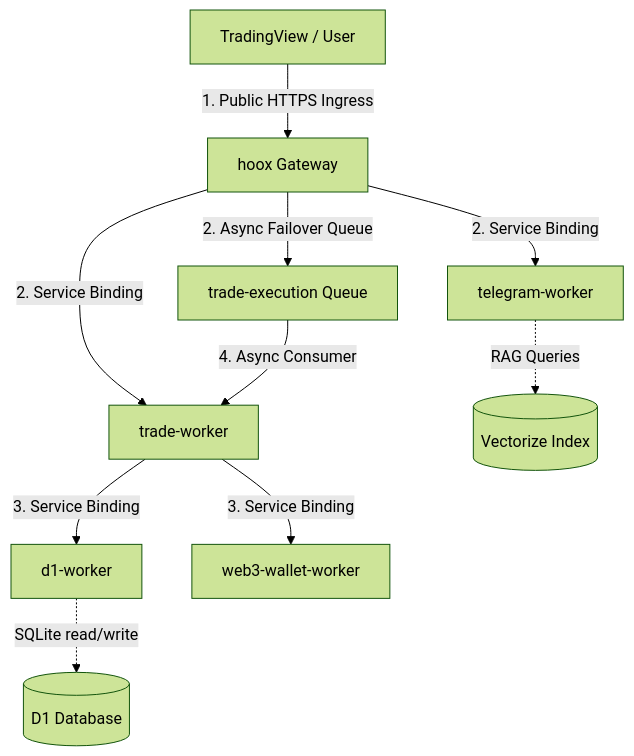
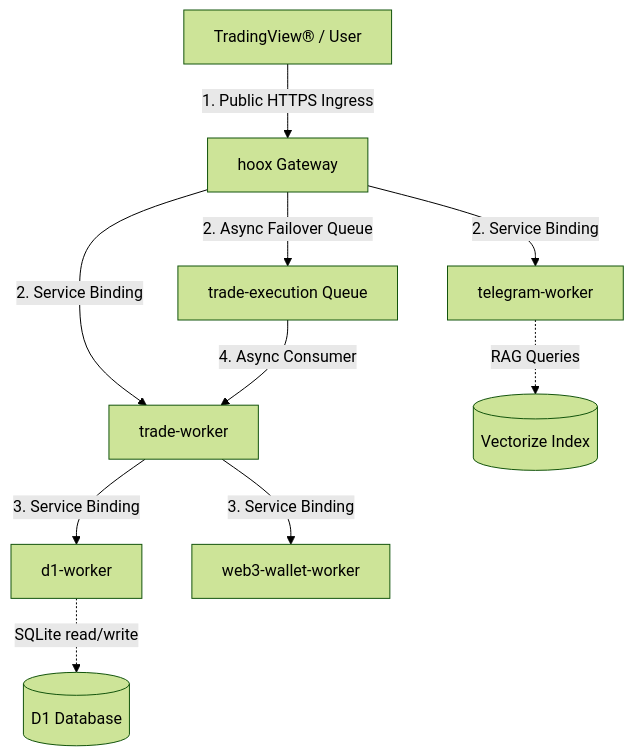
One commit to gitlqhlin/hoox changed the diagram in docs/devops/architecture/endpoints.mdx. Above: the diagram before and after it, drawn with Mermaid (forest theme). The commit also changed 44 other files, not shown here.

````diff
--- a/docs/devops/architecture/endpoints.mdx
+++ b/docs/devops/architecture/endpoints.mdx
@@ -21,17 +21,17 @@
 ```mermaid
 graph TD
     %% Ingress
-    Client[TradingView / User] -->|1. Public HTTPS Ingress| GW[hoox Gateway]
+    Client[TradingView® / User] -->|1. Public HTTPS Ingress| GW[hoox Gateway]
 
     %% Gateway Service Bindings
     GW -->|2. Service Binding| TW[trade-worker]
     GW -->|2. Service Binding| TGW[telegram-worker]
     GW -->|2. Async Failover Queue| Q[trade-execution Queue]
 
     %% Internal Workers Services
     TW -->|3. Service Binding| D1W[d1-worker]
     TW -->|3. Service Binding| W3[web3-wallet-worker]
     TGW -.->|RAG Queries| VEC[(Vectorize Index)]
     Q -->|4. Async Consumer| TW
     D1W -.->|SQLite read/write| DB[(D1 Database)]
 ```
````
